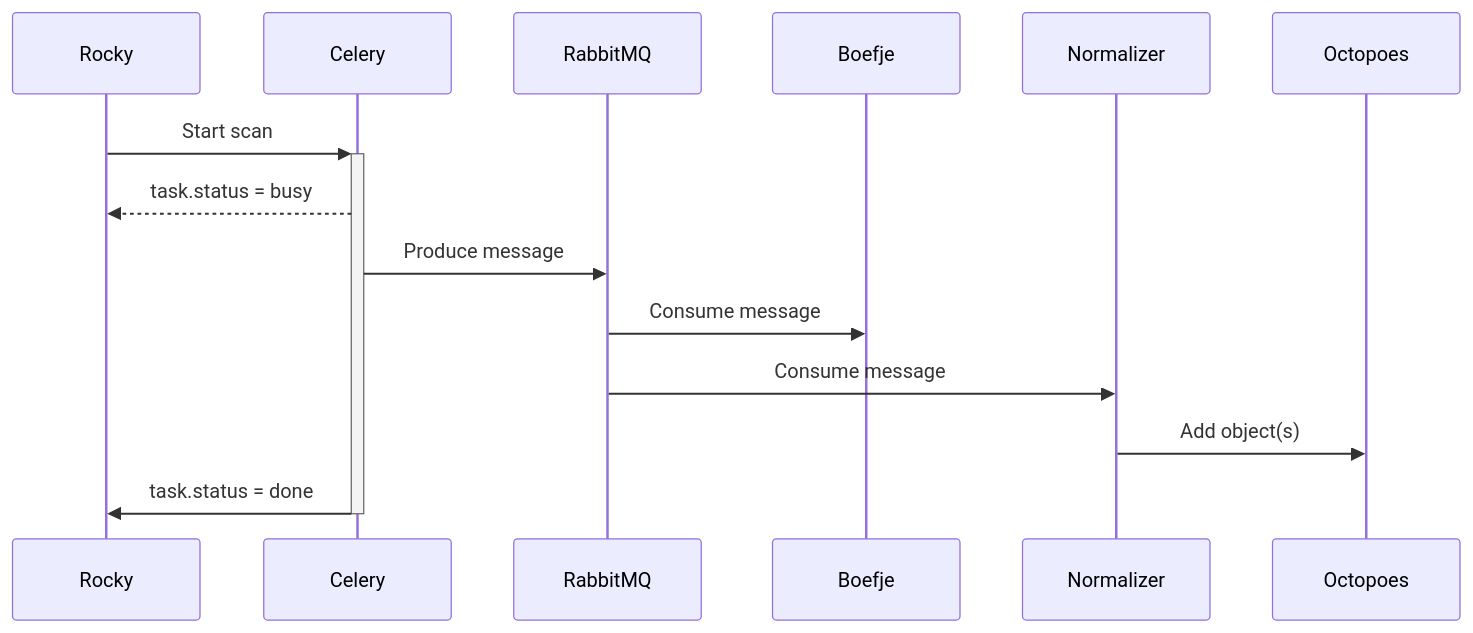
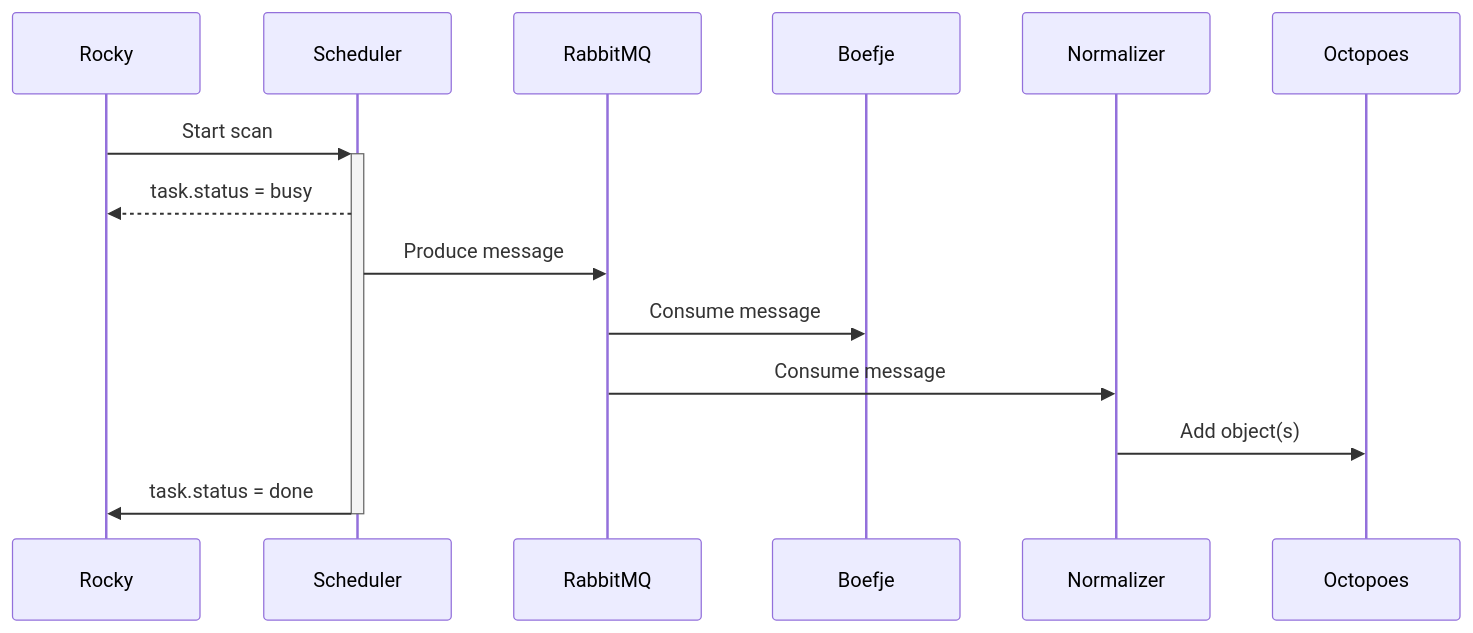
Before and after one commit to minvws/nl-kat-coordination: the diagram in Readme.md, drawn with Mermaid. The commit also changed 128 other files, not shown here.

````diff
--- a/Readme.md
+++ b/Readme.md
@@ -117,16 +117,16 @@
 ```mermaid
 sequenceDiagram
     participant r as Rocky
-    participant c as Celery
+    participant c as Scheduler
     participant q as RabbitMQ
     participant b as Boefje
     participant n as Normalizer
     participant o as Octopoes
     r->>+c: Start scan
     c-->>r: task.status = busy
     c->>q: Produce message
     q->>b: Consume message
     q->>n: Consume message
     n->>o: Add object(s)
     c->>-r: task.status = done
 ```
````
